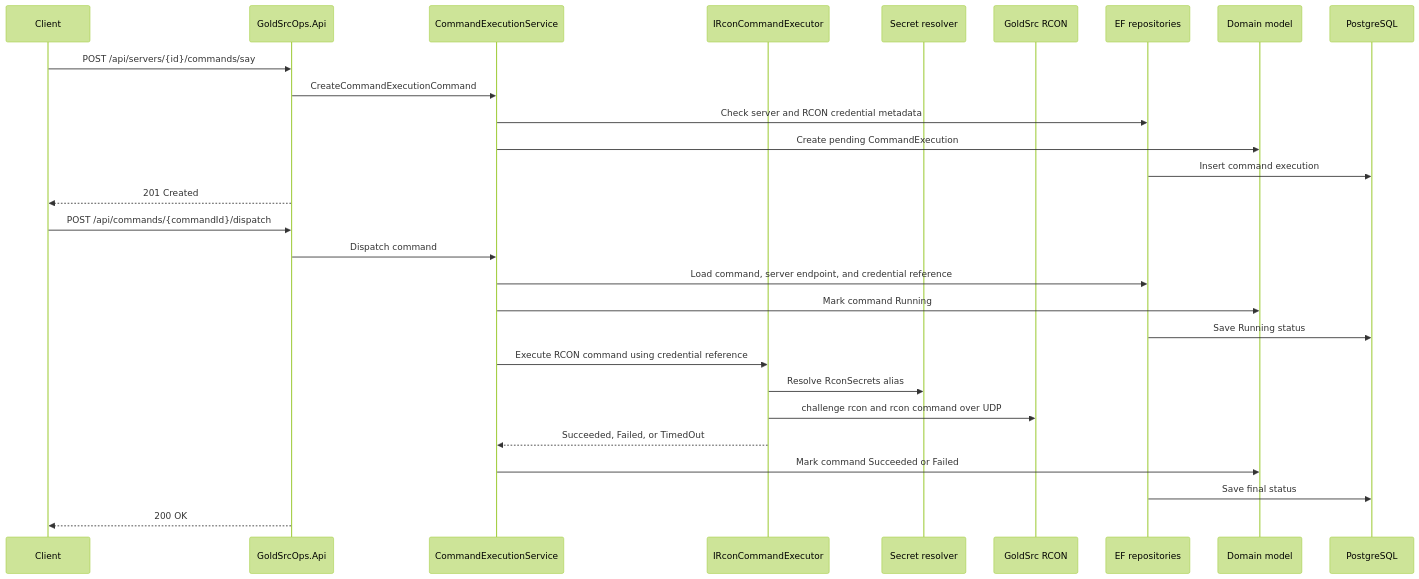
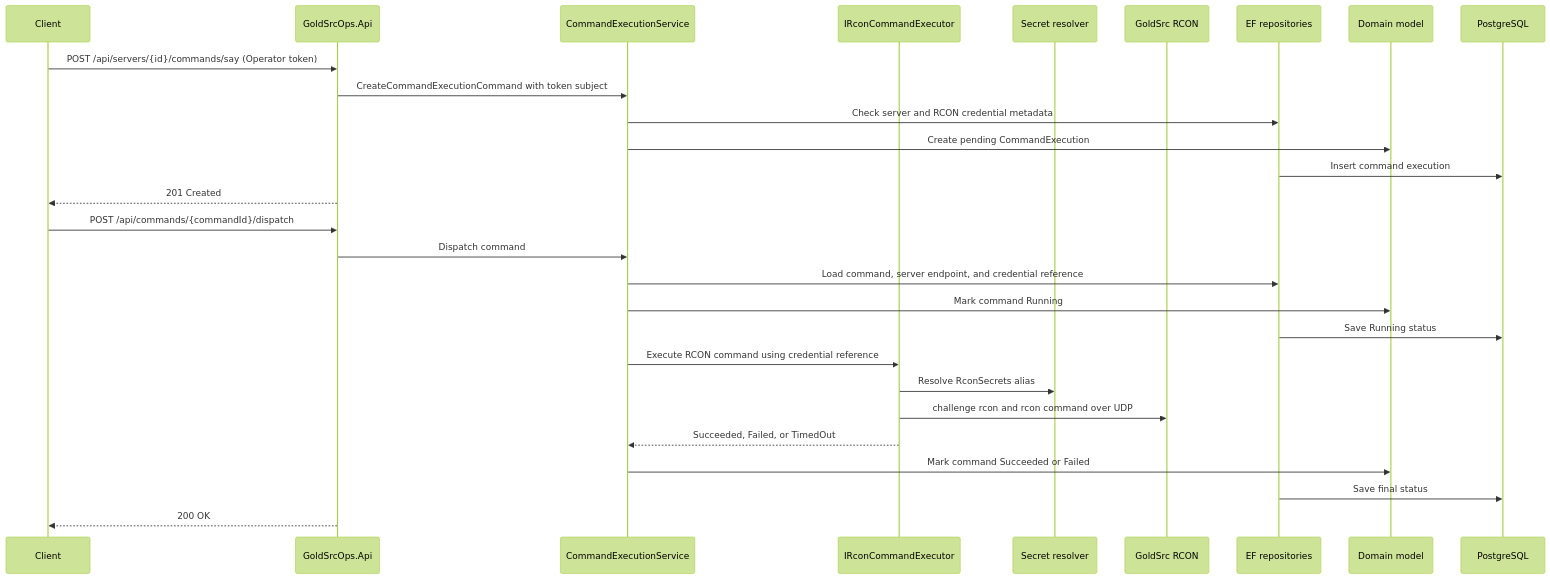
Before and after one commit to tov-vl/gold-src-ops: the sixth of 6 diagrams in docs/architecture.md, drawn with Mermaid (forest theme). The commit also changed other lines of this file and 26 other files, not shown here.

````diff
--- a/docs/architecture.md
+++ b/docs/architecture.md
@@ -210,32 +211,32 @@
 ```mermaid
 sequenceDiagram
     participant Client
     participant API as GoldSrcOps.Api
     participant App as CommandExecutionService
     participant Executor as IRconCommandExecutor
     participant Secrets as Secret resolver
     participant RCON as GoldSrc RCON
     participant Repo as EF repositories
     participant Domain as Domain model
     participant Db as PostgreSQL
 
-    Client->>API: POST /api/servers/{id}/commands/say
-    API->>App: CreateCommandExecutionCommand
+    Client->>API: POST /api/servers/{id}/commands/say (Operator token)
+    API->>App: CreateCommandExecutionCommand with token subject
     App->>Repo: Check server and RCON credential metadata
     App->>Domain: Create pending CommandExecution
     Repo->>Db: Insert command execution
     API-->>Client: 201 Created
 
     Client->>API: POST /api/commands/{commandId}/dispatch
     API->>App: Dispatch command
     App->>Repo: Load command, server endpoint, and credential reference
     App->>Domain: Mark command Running
     Repo->>Db: Save Running status
     App->>Executor: Execute RCON command using credential reference
     Executor->>Secrets: Resolve RconSecrets alias
     Executor->>RCON: challenge rcon and rcon command over UDP
     Executor-->>App: Succeeded, Failed, or TimedOut
     App->>Domain: Mark command Succeeded or Failed
     Repo->>Db: Save final status
     API-->>Client: 200 OK
 ```
````
